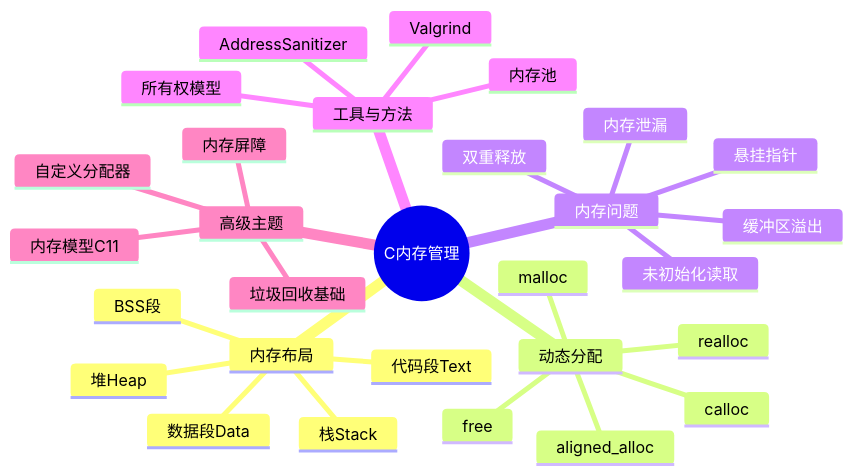
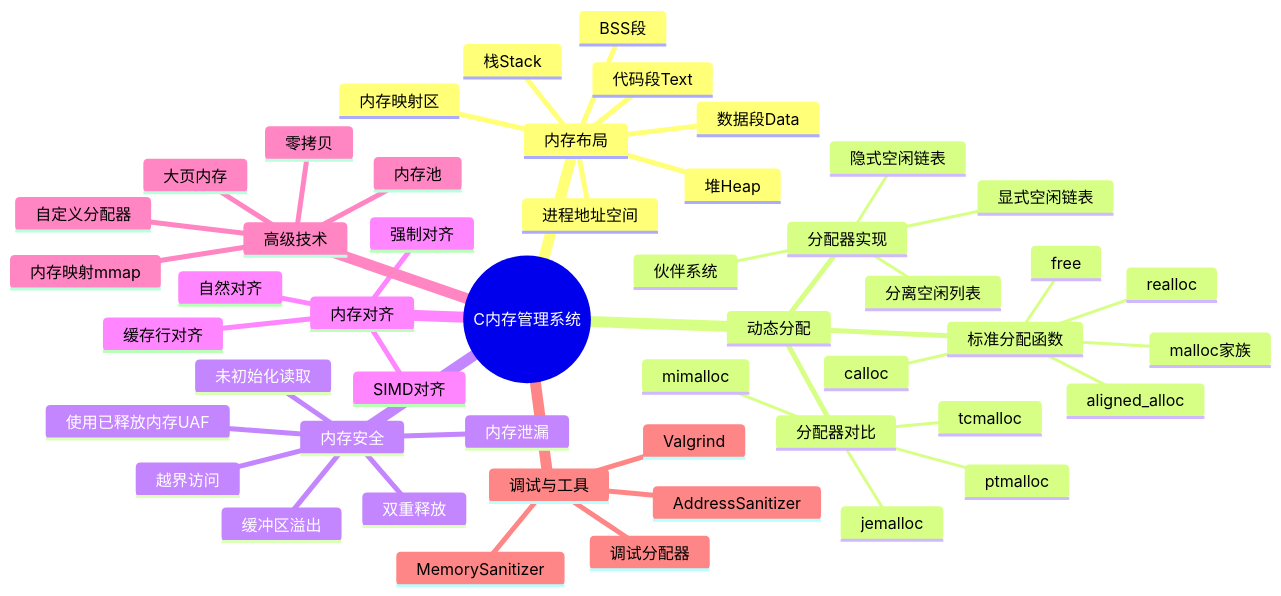
Before and after one commit to AdaMartin18010/C_Lang: the first of 5 diagrams in knowledge/01_Core_Knowledge_System/02_Core_Layer/02_Memory_Management.md, drawn with Mermaid. The commit also changed other lines of this file and 18 other files, not shown here.

````diff
--- a/knowledge/01_Core_Knowledge_System/02_Core_Layer/02_Memory_Management.md
+++ b/knowledge/01_Core_Knowledge_System/02_Core_Layer/02_Memory_Management.md
@@ -23,32 +25,52 @@
 ```mermaid
 mindmap
-  root((C内存管理))
+  root((C内存管理系统))
     内存布局
+      进程地址空间
       代码段Text
       数据段Data
       BSS段
       堆Heap
       栈Stack
+      内存映射区
     动态分配
-      malloc
-      calloc
-      realloc
-      free
-      aligned_alloc
-    内存问题
+      标准分配函数
+        malloc家族
+        calloc
+        realloc
+        aligned_alloc
+        free
+      分配器实现
+        隐式空闲链表
+        显式空闲链表
+        分离空闲列表
+        伙伴系统
+      分配器对比
+        ptmalloc
+        jemalloc
+        tcmalloc
+        mimalloc
+    内存安全
       内存泄漏
-      悬挂指针
+      使用已释放内存UAF
       双重释放
       缓冲区溢出
       未初始化读取
-    工具与方法
+      越界访问
+    内存对齐
+      自然对齐
+      强制对齐
+      SIMD对齐
+      缓存行对齐
+    高级技术
+      内存池
+      自定义分配器
+      零拷贝
+      内存映射mmap
+      大页内存
+    调试与工具
       Valgrind
       AddressSanitizer
-      内存池
-      所有权模型
-    高级主题
-      内存模型C11
-      内存屏障
-      自定义分配器
-      垃圾回收基础
+      MemorySanitizer
+      调试分配器
 ```
````
